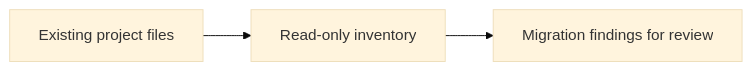
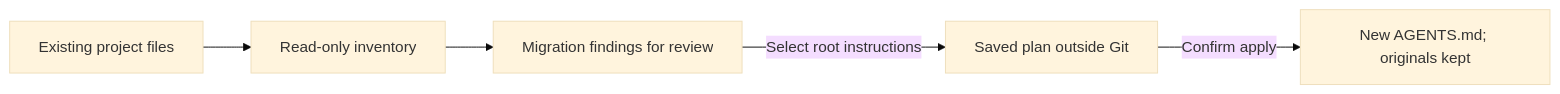
The diagram in docs/guide/cli-migration-preview.md (OsamaFelFel/keeplane), drawn with Mermaid (base theme) before and after one commit. The commit also changed other lines of this file and 7 other files, not shown here.

Commit message:
feat: confirm a reviewed root instruction copy

````diff
--- a/docs/guide/cli-migration-preview.md
+++ b/docs/guide/cli-migration-preview.md
@@ -7,5 +8,7 @@
 ```mermaid
 flowchart LR
   Sources[Existing project files] --> Preview[Read-only inventory]
   Preview --> Review[Migration findings for review]
+  Review -->|Select root instructions| Plan[Saved plan outside Git]
+  Plan -->|Confirm apply| Copy[New AGENTS.md; originals kept]
 ```
````
